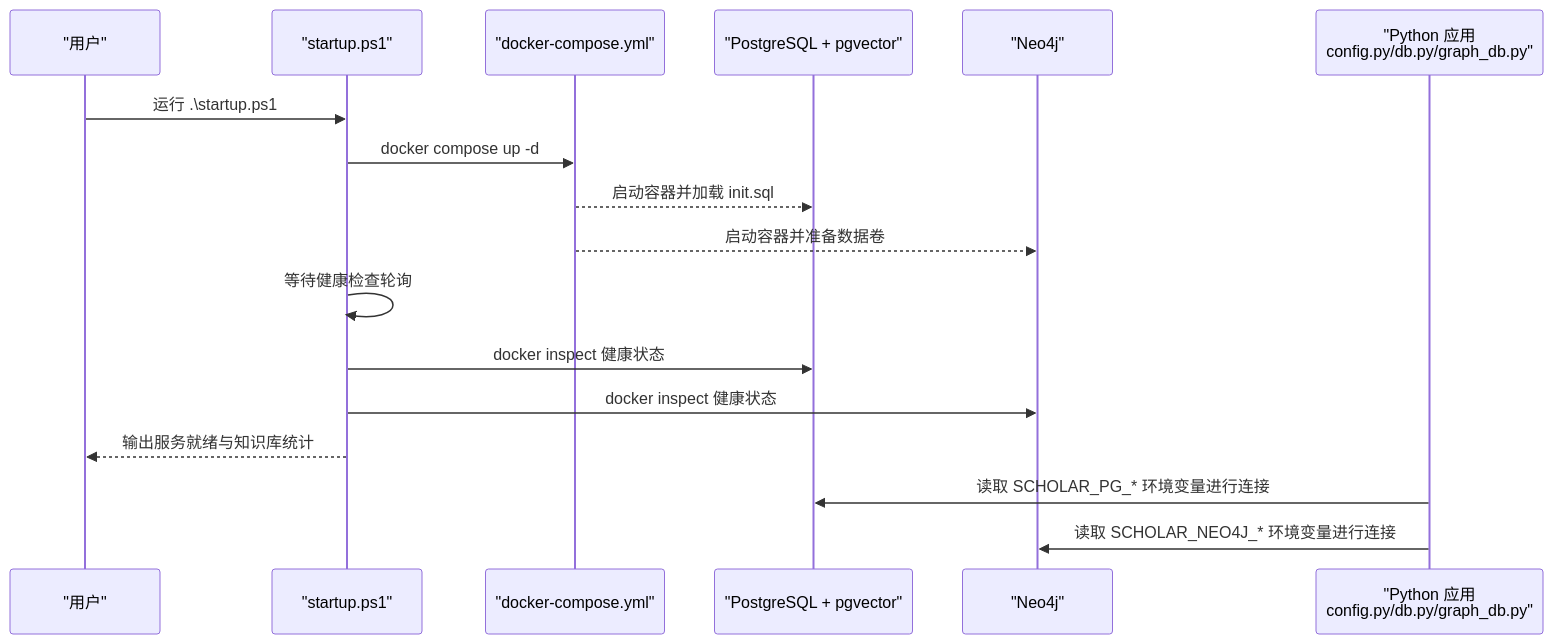
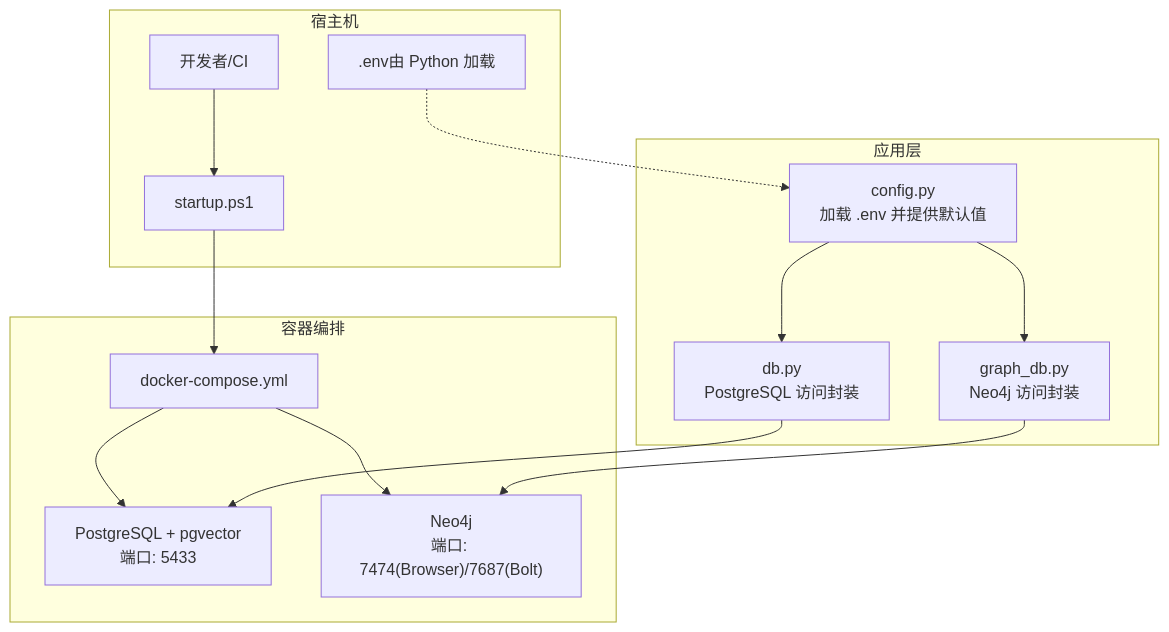
The second of 7 diagrams in .qoder/repowiki/zh/content/部署与运维/容器化部署.md (1173591564/academic-based-qoder), drawn with Mermaid before and after one commit. The commit also changed other lines of this file and 221 other files, not shown here.

````diff
--- a/.qoder/repowiki/zh/content/部署与运维/容器化部署.md
+++ b/.qoder/repowiki/zh/content/部署与运维/容器化部署.md
@@ -89,19 +101,27 @@
 ```mermaid
-sequenceDiagram
-participant User as "用户"
-participant Script as "startup.ps1"
-participant Compose as "docker-compose.yml"
-participant PG as "PostgreSQL + pgvector"
-participant N4J as "Neo4j"
-participant App as "Python 应用<br/>config.py/db.py/graph_db.py"
-User->>Script : 运行 .\startup.ps1
-Script->>Compose : docker compose up -d
-Compose-->>PG : 启动容器并加载 init.sql
-Compose-->>N4J : 启动容器并准备数据卷
-Script->>Script : 等待健康检查轮询
-Script->>PG : docker inspect 健康状态
-Script->>N4J : docker inspect 健康状态
-Script-->>User : 输出服务就绪与知识库统计
-App->>PG : 读取 SCHOLAR_PG_* 环境变量进行连接
-App->>N4J : 读取 SCHOLAR_NEO4J_* 环境变量进行连接
+graph TB
+subgraph "宿主机"
+HOST["开发者/CI"]
+STARTUP["startup.ps1"]
+ENV[".env由 Python 加载"]
+end
+subgraph "容器编排"
+DC["docker-compose.yml"]
+PG["PostgreSQL + pgvector<br/>端口: 5433"]
+NEO["Neo4j<br/>端口: 7474(Browser)/7687(Bolt)"]
+end
+subgraph "应用层"
+CFG["config.py<br/>加载 .env 并提供默认值"]
+PSQL["db.py<br/>PostgreSQL 访问封装"]
+N4J["graph_db.py<br/>Neo4j 访问封装"]
+end
+HOST --> STARTUP
+STARTUP --> DC
+DC --> PG
+DC --> NEO
+CFG --> PSQL
+CFG --> N4J
+PSQL --> PG
+N4J --> NEO
+ENV -.-> CFG
 ```
````
